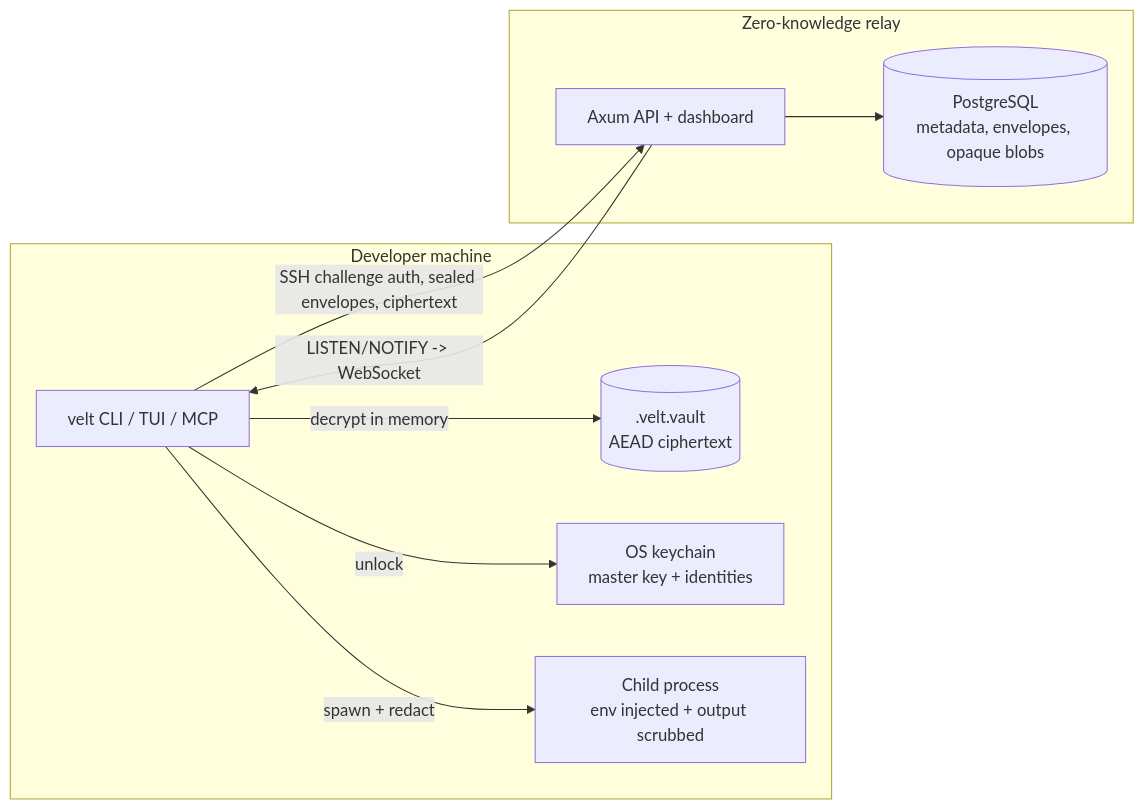
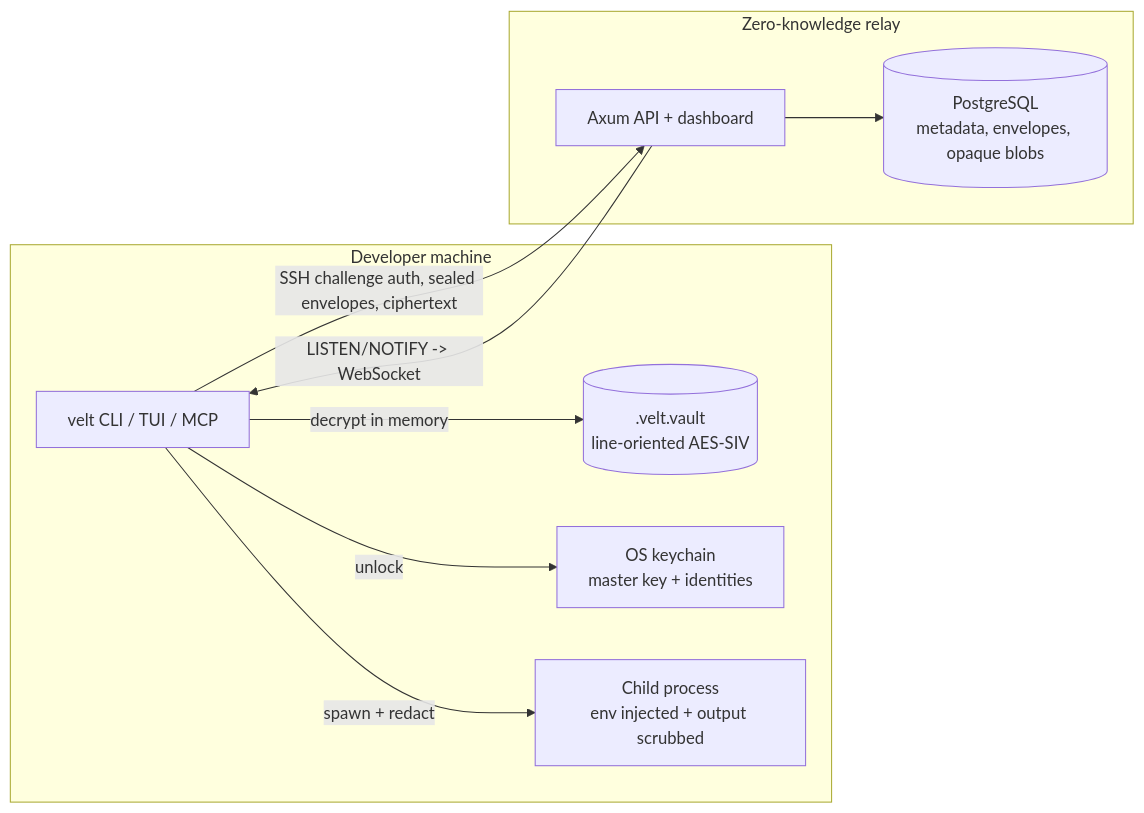
One commit to AdarshJ173/velt changed the diagram in README.md. Above: the diagram before and after it, drawn with Mermaid. The commit also changed other lines of this file and 28 other files, not shown here.

Commit message:
feat(vault): line-mergeable AES-SIV format 2; open-source governance

````diff
--- a/README.md
+++ b/README.md
@@ -247,19 +267,19 @@
 ```mermaid
 flowchart LR
   subgraph Dev["Developer machine"]
     CLI["velt CLI / TUI / MCP"]
-    Vault[(".velt.vault<br/>AEAD ciphertext")]
+    Vault[(".velt.vault<br/>line-oriented AES-SIV")]
     KC["OS keychain<br/>master key + identities"]
     Child["Child process<br/>env injected + output scrubbed"]
     CLI -->|decrypt in memory| Vault
     CLI -->|unlock| KC
     CLI -->|spawn + redact| Child
   end
   subgraph Relay["Zero-knowledge relay"]
     API["Axum API + dashboard"]
     PG[("PostgreSQL<br/>metadata, envelopes, opaque blobs")]
     API --> PG
   end
   CLI -->|"SSH challenge auth, sealed envelopes, ciphertext"| API
   API -->|"LISTEN/NOTIFY -> WebSocket"| CLI
 ```
````
